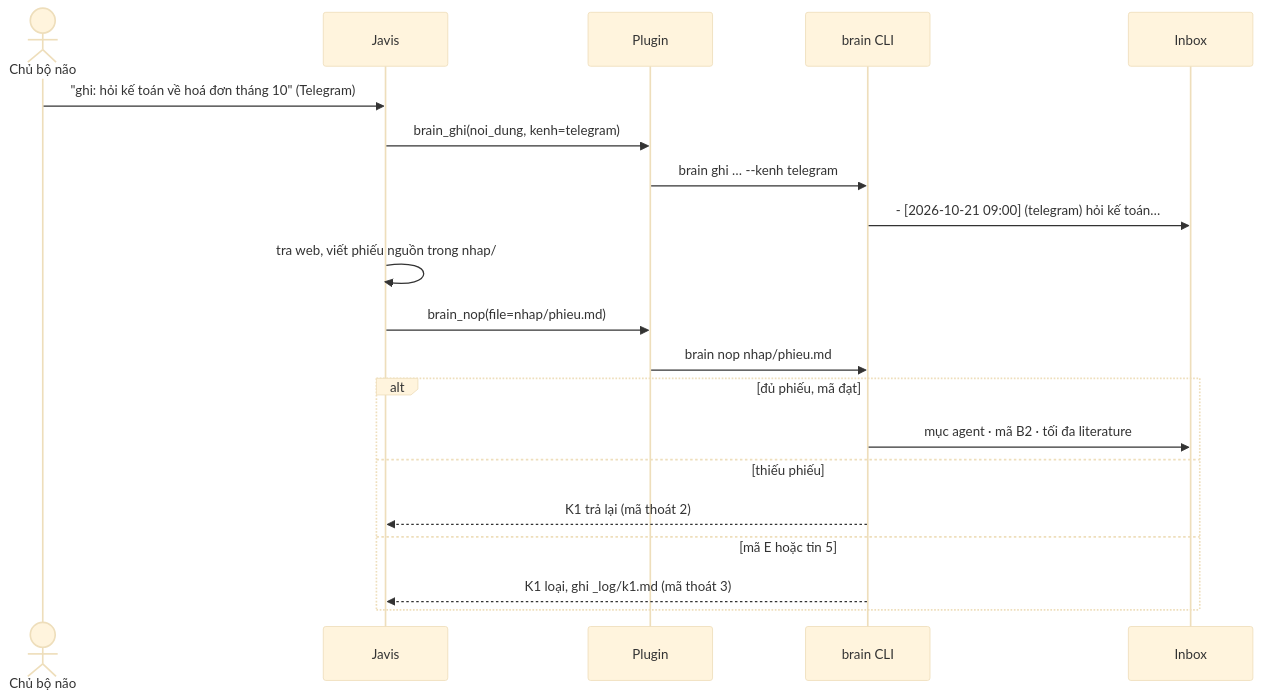
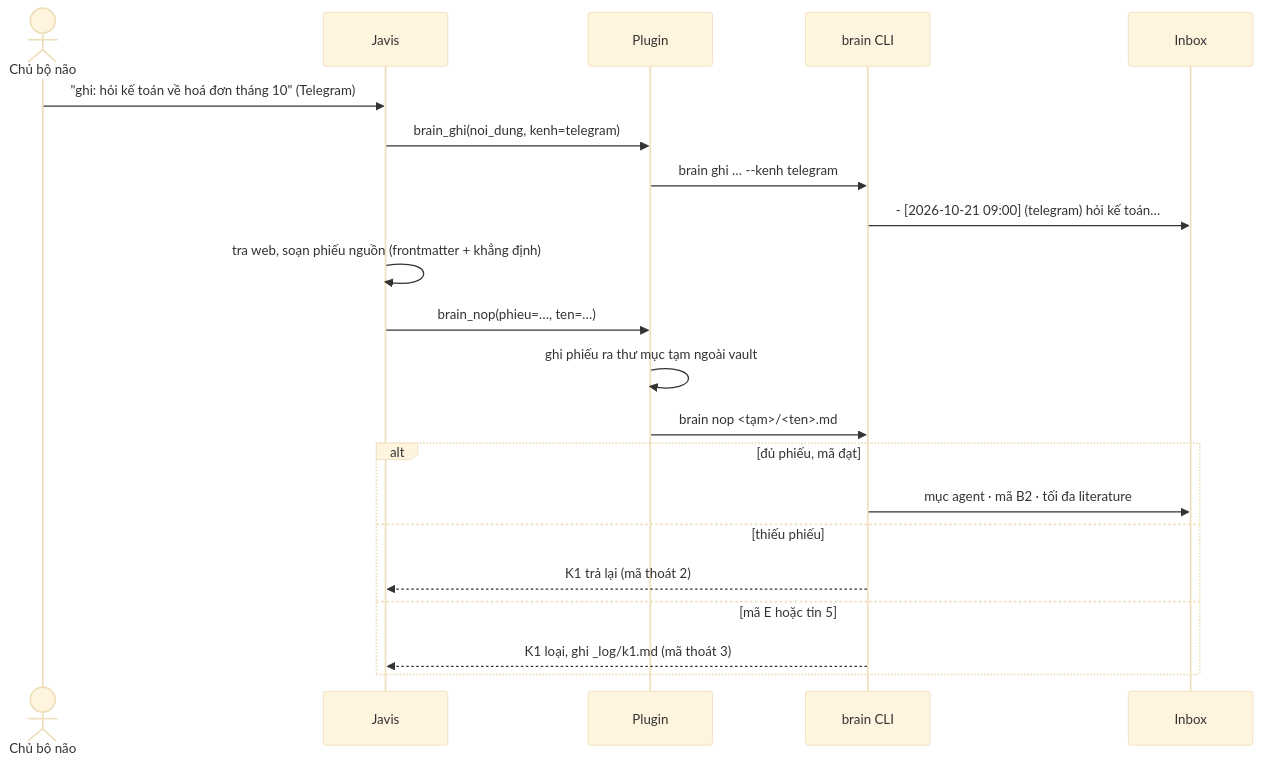
Before and after one commit to DaveTran243/Brain_Standard: the second of 4 diagrams in docs/dab-3.0.md, drawn with Mermaid (base theme). The commit also changed other lines of this file and 4 other files, not shown here.

First line of the commit message:
brain_nop nhận phiếu dạng chữ và chạy ở mức suggest; DAB thêm chốt 6

````diff
--- a/docs/dab-3.0.md
+++ b/docs/dab-3.0.md
@@ -156,22 +156,23 @@
 ```mermaid
 sequenceDiagram
   actor U as Chủ bộ não
   participant J as Javis
   participant P as Plugin
   participant C as brain CLI
   participant I as Inbox
   U->>J: "ghi: hỏi kế toán về hoá đơn tháng 10" (Telegram)
   J->>P: brain_ghi(noi_dung, kenh=telegram)
   P->>C: brain ghi … --kenh telegram
   C->>I: - [2026-10-21 09:00] (telegram) hỏi kế toán…
-  J->>J: tra web, viết phiếu nguồn trong nhap/
-  J->>P: brain_nop(file=nhap/phieu.md)
-  P->>C: brain nop nhap/phieu.md
+  J->>J: tra web, soạn phiếu nguồn (frontmatter + khẳng định)
+  J->>P: brain_nop(phieu=…, ten=…)
+  P->>P: ghi phiếu ra thư mục tạm ngoài vault
+  P->>C: brain nop <tạm>/<ten>.md
   alt đủ phiếu, mã đạt
     C->>I: mục agent · mã B2 · tối đa literature
   else thiếu phiếu
     C-->>J: K1 trả lại (mã thoát 2)
   else mã E hoặc tin 5
     C-->>J: K1 loại, ghi _log/k1.md (mã thoát 3)
   end
 ```
````
